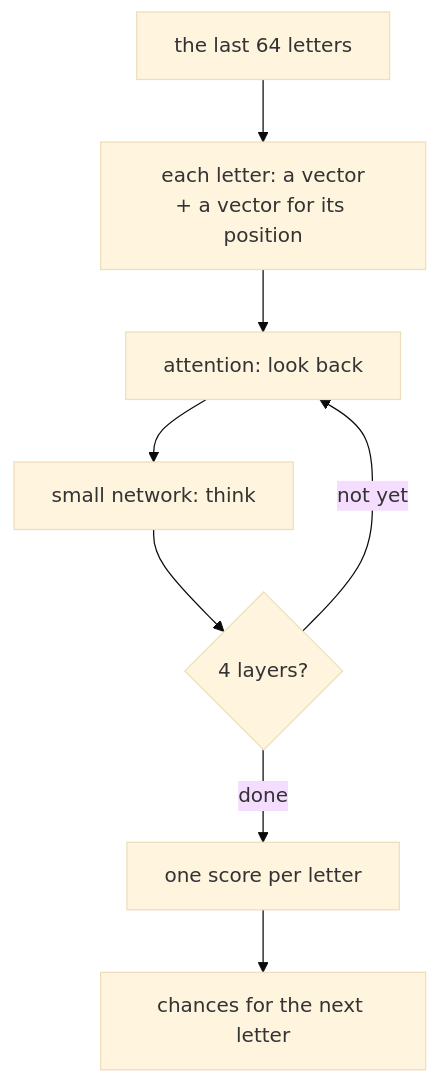
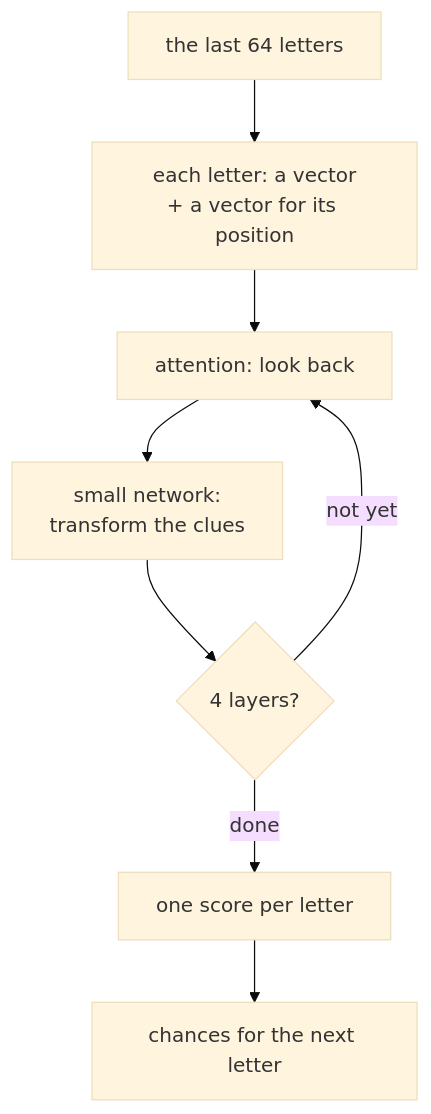
The diagram in learning/16-a-tiny-gpt.md (Falconiere/agavus), drawn with Mermaid (base theme) before and after one commit. The commit also changed other lines of this file and 17 other files, not shown here.

````diff
--- a/learning/16-a-tiny-gpt.md
+++ b/learning/16-a-tiny-gpt.md
@@ -15,10 +26,10 @@
 ```mermaid
 flowchart TD
   A["the last 64 letters"] --> B["each letter: a vector<br/>+ a vector for its position"]
   B --> C["attention: look back"]
-  C --> D["small network: think"]
+  C --> D["small network:<br/>transform the clues"]
   D --> E{"4 layers?"}
   E -- "not yet" --> C
   E -- "done" --> F["one score per letter"]
   F --> G["chances for the next letter"]
 ```
````
